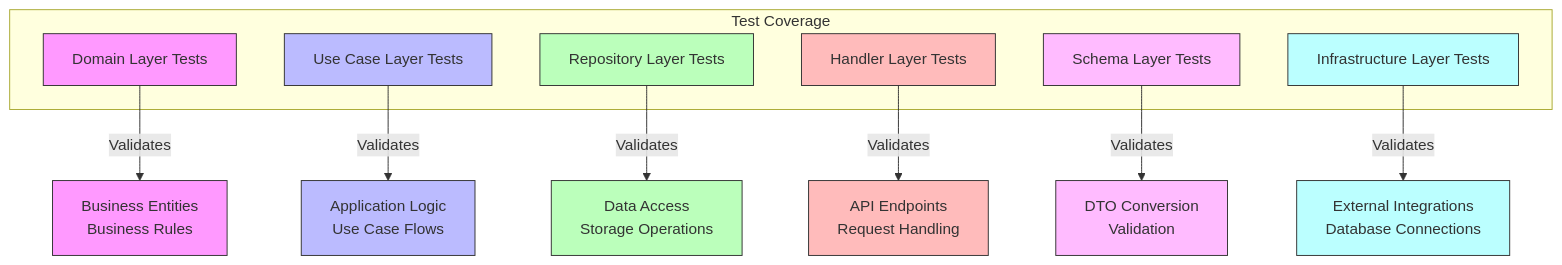
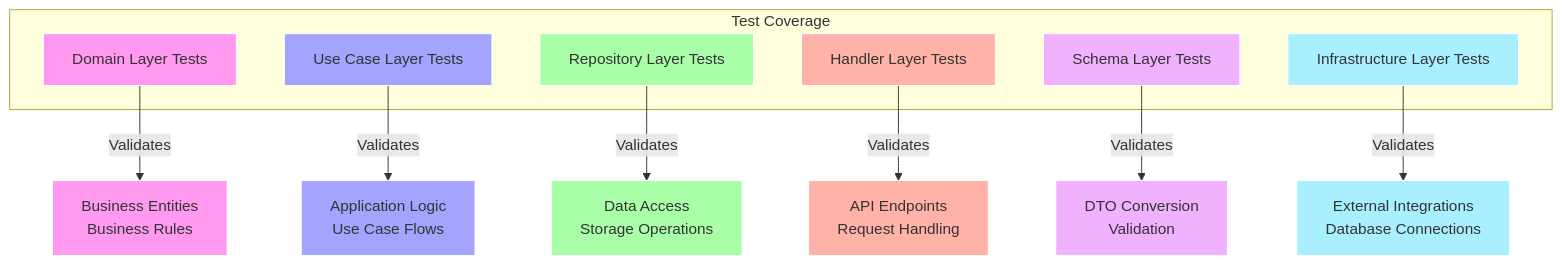
The fourth of 6 diagrams in README.md (ohta-rh/go-backend-boilerplate), drawn with Mermaid before and after one commit. The commit also changed other lines of this file, not shown here.

````diff
--- a/README.md
+++ b/README.md
@@ -195,32 +195,32 @@
 ```mermaid
 graph TD
     subgraph "Test Coverage"
         Domain["Domain Layer Tests"]
         UseCase["Use Case Layer Tests"]
         Repository["Repository Layer Tests"]
         Handler["Handler Layer Tests"]
         Schema["Schema Layer Tests"]
         Infra["Infrastructure Layer Tests"]
     end
     
     Domain --> |Validates| DomainEntities["Business Entities<br/>Business Rules"]
     UseCase --> |Validates| BusinessLogic["Application Logic<br/>Use Case Flows"]
     Repository --> |Validates| DataAccess["Data Access<br/>Storage Operations"]
     Handler --> |Validates| API["API Endpoints<br/>Request Handling"]
     Schema --> |Validates| DataTransformation["DTO Conversion<br/>Validation"]
     Infra --> |Validates| ExternalServices["External Integrations<br/>Database Connections"]
     
-    classDef domain fill:#f9f,stroke:#333,stroke-width:1px;
-    classDef usecase fill:#bbf,stroke:#333,stroke-width:1px;
-    classDef repo fill:#bfb,stroke:#333,stroke-width:1px;
-    classDef handler fill:#fbb,stroke:#333,stroke-width:1px;
-    classDef schema fill:#fbf,stroke:#333,stroke-width:1px;
-    classDef infra fill:#bff,stroke:#333,stroke-width:1px;
+    classDef domain fill:#ff9af0,stroke:#fff,stroke-width:1px;
+    classDef usecase fill:#a4a4ff,stroke:#fff,stroke-width:1px;
+    classDef repo fill:#a8ffa8,stroke:#fff,stroke-width:1px;
+    classDef handler fill:#ffb2a8,stroke:#fff,stroke-width:1px;
+    classDef schema fill:#f0b2ff,stroke:#fff,stroke-width:1px;
+    classDef infra fill:#a8f0ff,stroke:#fff,stroke-width:1px;
     
     class Domain,DomainEntities domain;
     class UseCase,BusinessLogic usecase;
     class Repository,DataAccess repo;
     class Handler,API handler;
     class Schema,DataTransformation schema;
     class Infra,ExternalServices infra;
 ```
````
